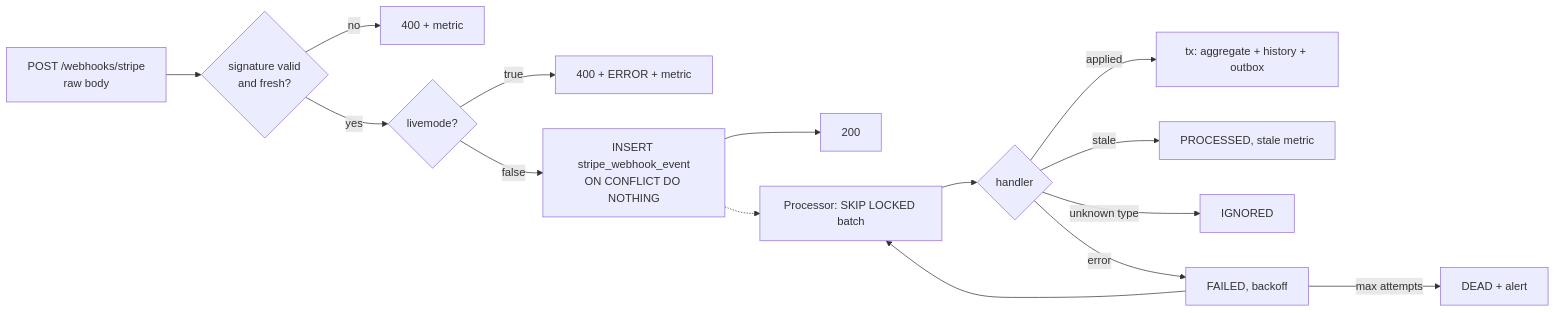
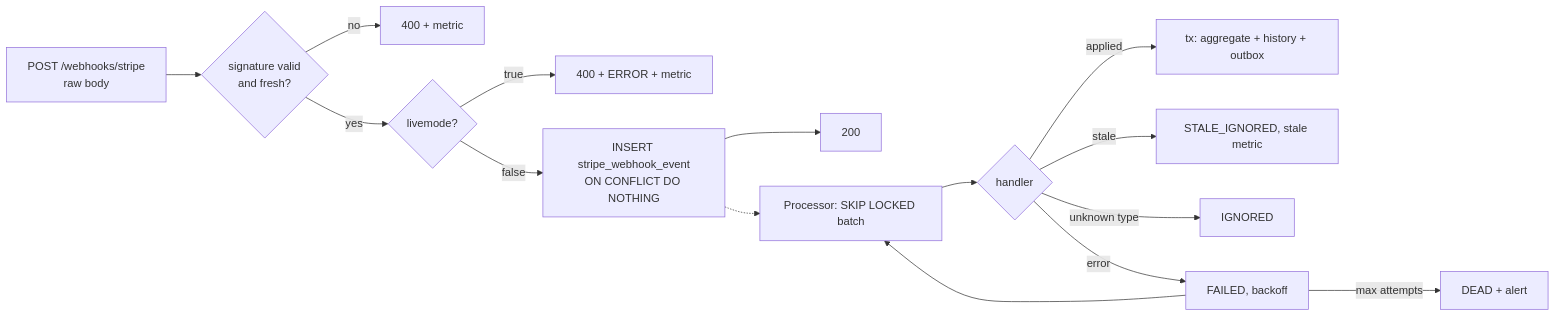
Before and after one commit to AlexGorbatov/order-payment-platform: the sixth of 6 diagrams in docs/architecture.md, drawn with Mermaid. The commit also changed other lines of this file and 55 other files, not shown here.

````diff
--- a/docs/architecture.md
+++ b/docs/architecture.md
@@ -215,16 +222,16 @@
 ```mermaid
 flowchart LR
   A[POST /webhooks/stripe<br/>raw body] --> B{signature valid<br/>and fresh?}
   B -- no --> X[400 + metric]
   B -- yes --> L{livemode?}
   L -- true --> X2[400 + ERROR + metric]
   L -- false --> D[INSERT stripe_webhook_event<br/>ON CONFLICT DO NOTHING]
   D --> R[200]
   D -.-> P[Processor: SKIP LOCKED batch]
   P --> H{handler}
   H -- applied --> T[tx: aggregate + history + outbox]
-  H -- stale --> S1[PROCESSED, stale metric]
+  H -- stale --> S1[STALE_IGNORED, stale metric]
   H -- unknown type --> I[IGNORED]
   H -- error --> F[FAILED, backoff] --> P
   F -- max attempts --> DEAD[DEAD + alert]
 ```
````
